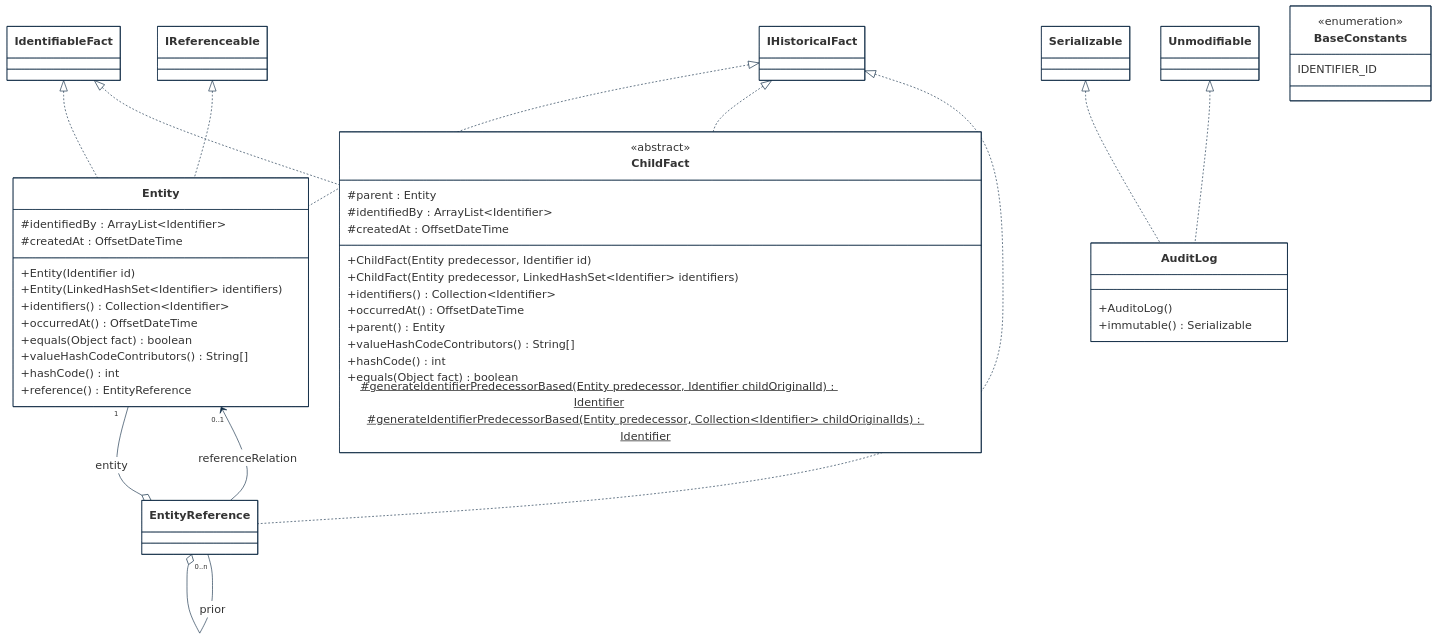
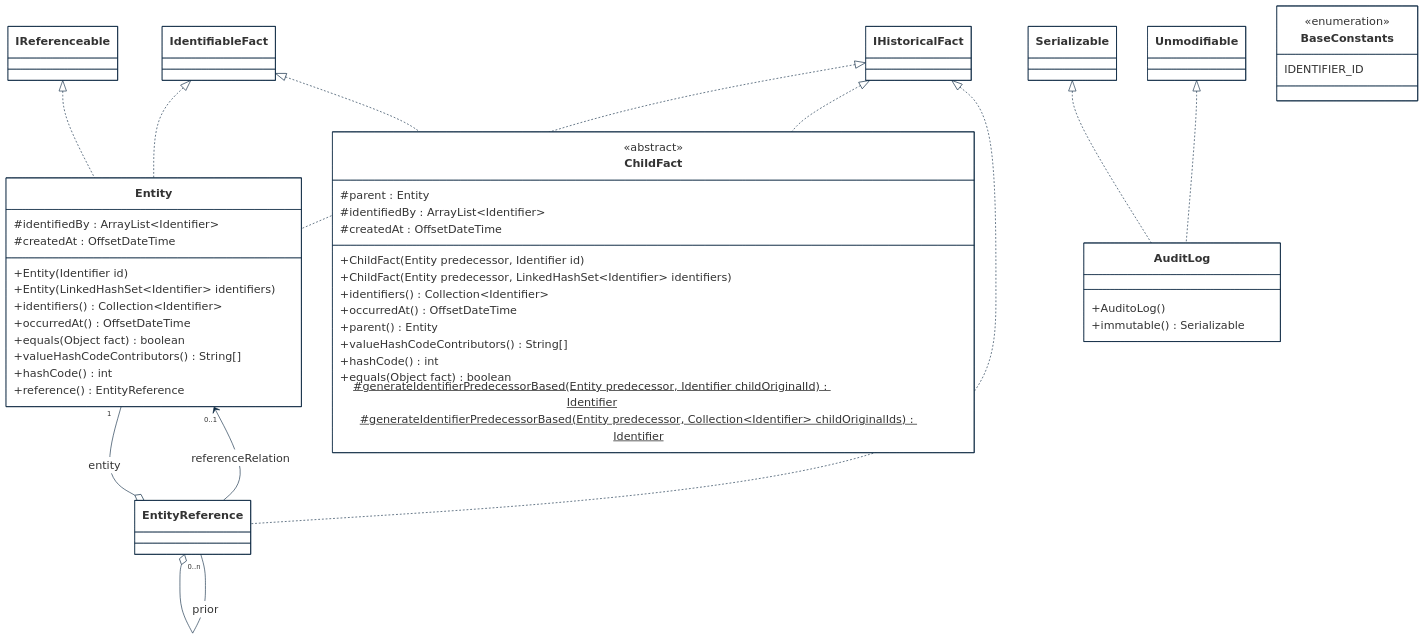
One commit to cybnity/foundation changed the first of 5 diagrams in implementations-line/framework/immutable/designview-packages.md. Above: the diagram before and after it, drawn with Mermaid. The commit also changed other lines of this file, not shown here.

````diff
--- a/implementations-line/framework/immutable/designview-packages.md
+++ b/implementations-line/framework/immutable/designview-packages.md
@@ -35,71 +35,71 @@
 ```mermaid
 %%{
   init: {
     'theme': 'base',
     'themeVariables': {
         'background': '#ffffff',
         'fontFamily': 'arial',
         'fontSize': '18px',
         'primaryColor': '#fff',
         'primaryBorderColor': '#0e2a43',
         'secondaryBorderColor': '#0e2a43',
         'tertiaryBorderColor': '#0e2a43',
         'edgeLabelBackground':'#0e2a43',
         'lineColor': '#0e2a43',
         'tertiaryColor': '#fff'
     }
   }
 }%%
 classDiagram
+    IReferenceable <|.. Entity
     IdentifiableFact <|.. ChildFact
     IdentifiableFact <|.. Entity
     IHistoricalFact <|.. EntityReference
     IHistoricalFact <|.. ChildFact
     Entity "0..1" <-- EntityReference : referenceRelation
     Entity "1" --o EntityReference : entity
-    IReferenceable <|.. Entity
     IHistoricalFact <|.. Entity
     Unmodifiable <|.. AuditLog
     Serializable <|.. AuditLog
     EntityReference "0..n" --o EntityReference : prior
 
     class Entity {
         #identifiedBy : ArrayList~Identifier~
         #createdAt : OffsetDateTime
         +Entity(Identifier id)
         +Entity(LinkedHashSet~Identifier~ identifiers)
         +identifiers() Collection~Identifier~
         +occurredAt() OffsetDateTime
         +equals(Object fact) boolean
         +valueHashCodeContributors() String[]
         +hashCode() int
         +reference() EntityReference
     }
     class AuditLog {
         +AuditoLog()
         +immutable() Serializable
     }
     class ChildFact {
         <<abstract>>
         #parent : Entity
         #identifiedBy : ArrayList~Identifier~
         #createdAt : OffsetDateTime
         +ChildFact(Entity predecessor, Identifier id)
         +ChildFact(Entity predecessor, LinkedHashSet~Identifier~ identifiers)
         +identifiers() Collection~Identifier~
         +occurredAt() OffsetDateTime
         +parent() Entity
         +valueHashCodeContributors() String[]
         +hashCode() int
         +equals(Object fact) boolean
         #generateIdentifierPredecessorBased(Entity predecessor, Identifier childOriginalId)$ Identifier
         #generateIdentifierPredecessorBased(Entity predecessor, Collection~Identifier~ childOriginalIds)$ Identifier
     }
     class BaseConstants {
         <<enumeration>>
         IDENTIFIER_ID
     }
     class EntityReference {
     }
 
 ```
````
